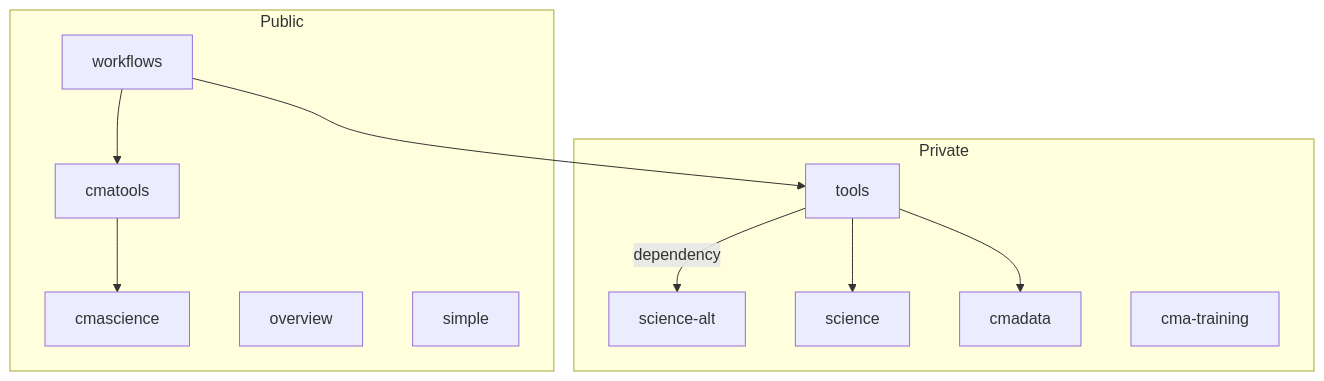
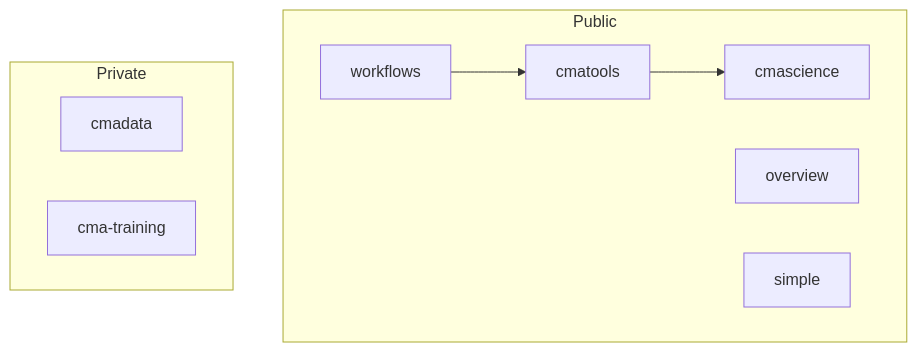
The diagram in README.md (cma-open/overview), drawn with Mermaid before and after one commit. The commit also changed other lines of this file, not shown here.

````diff
--- a/README.md
+++ b/README.md
@@ -10,27 +10,21 @@
 ```mermaid
 flowchart TB
  subgraph Public
     workflows
       click workflows "https://github.com/cma-open/workflows" "Link to workflows repo"
     workflows-->cmatools
     cmatools-->cmascience
     click cmatools "https://github.com/cma-open/cmatools" "Link to cmatools"
     overview
       click overview "https://github.com/cma-open/overview" "Link to overview repo"
       click cmascience "https://github.com/cma-open/cmascience" "Link to cmascience repo"
     simple
       click simple "https://github.com/cma-open/simple" "Link to simple repo"
     end
     subgraph Private
-    workflows-->tools
-    tools-->|dependency|science-alt
-      click science-alt "https://github.com/cma-open/science-alt" "Link to scient-alt repo"
-    tools-->science
-    click science "https://github.com/cma-open/science" "Link to science repo"
-    click tools "https://github.com/cma-open/tools" "Link to science repo"
-    tools-->cmadata
-    click cmadata "https://github.com/cma-open/cmadata" "Link to cmadata repo"
+    cmadata
+      click cmadata "https://github.com/cma-open/cmadata" "Link to cmadata repo"
     cma-training
       click cma-training "https://github.com/cma-open/cma-training" "Link to training repo"
     end
 ```
````
